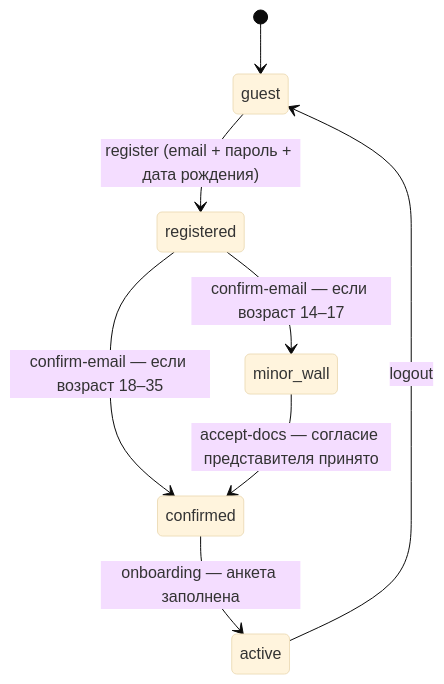
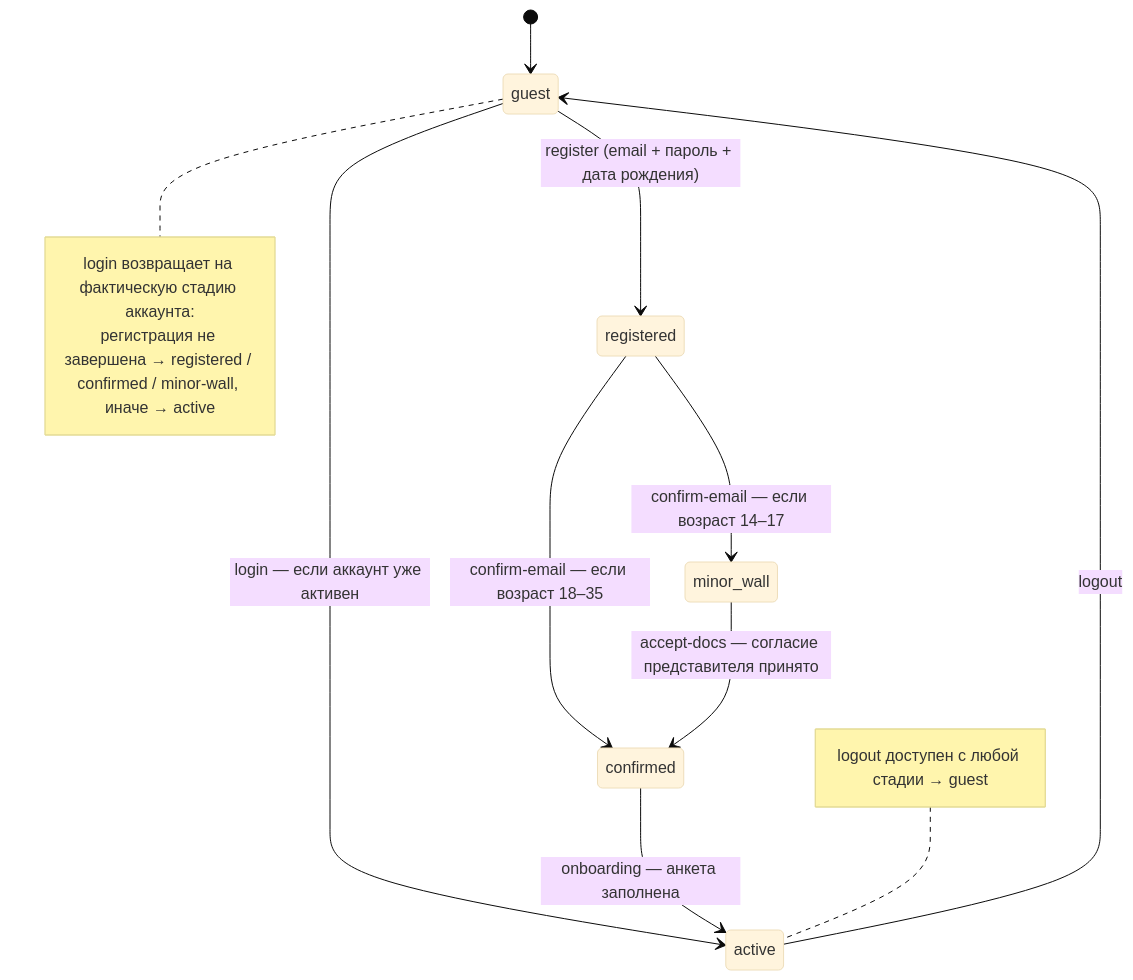
One commit to Artur-ershov/tvortsy-lk changed the diagram in HANDOFF.md. Above: the diagram before and after it, drawn with Mermaid (base theme). The commit also changed other lines of this file and 42 other files, not shown here.

````diff
--- a/HANDOFF.md
+++ b/HANDOFF.md
@@ -100,10 +103,19 @@
 ```mermaid
 stateDiagram-v2
     [*] --> guest
     guest --> registered: register (email + пароль + дата рождения)
+    guest --> active: login — если аккаунт уже активен
     registered --> confirmed: confirm-email — если возраст 18–35
     registered --> minor_wall: confirm-email — если возраст 14–17
     minor_wall --> confirmed: accept-docs — согласие представителя принято
     confirmed --> active: onboarding — анкета заполнена
     active --> guest: logout
+
+    note right of guest
+        login возвращает на фактическую стадию аккаунта:
+        регистрация не завершена → registered / confirmed / minor-wall, иначе → active
+    end note
+    note left of active
+        logout доступен с любой стадии → guest
+    end note
 ```
````
